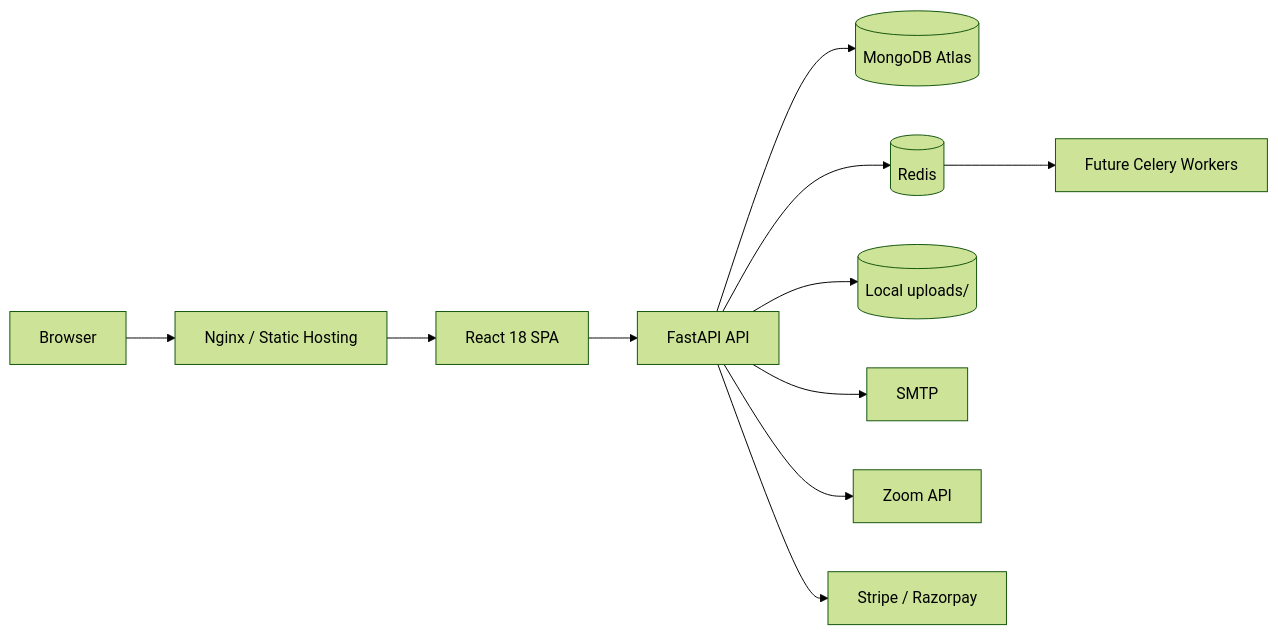
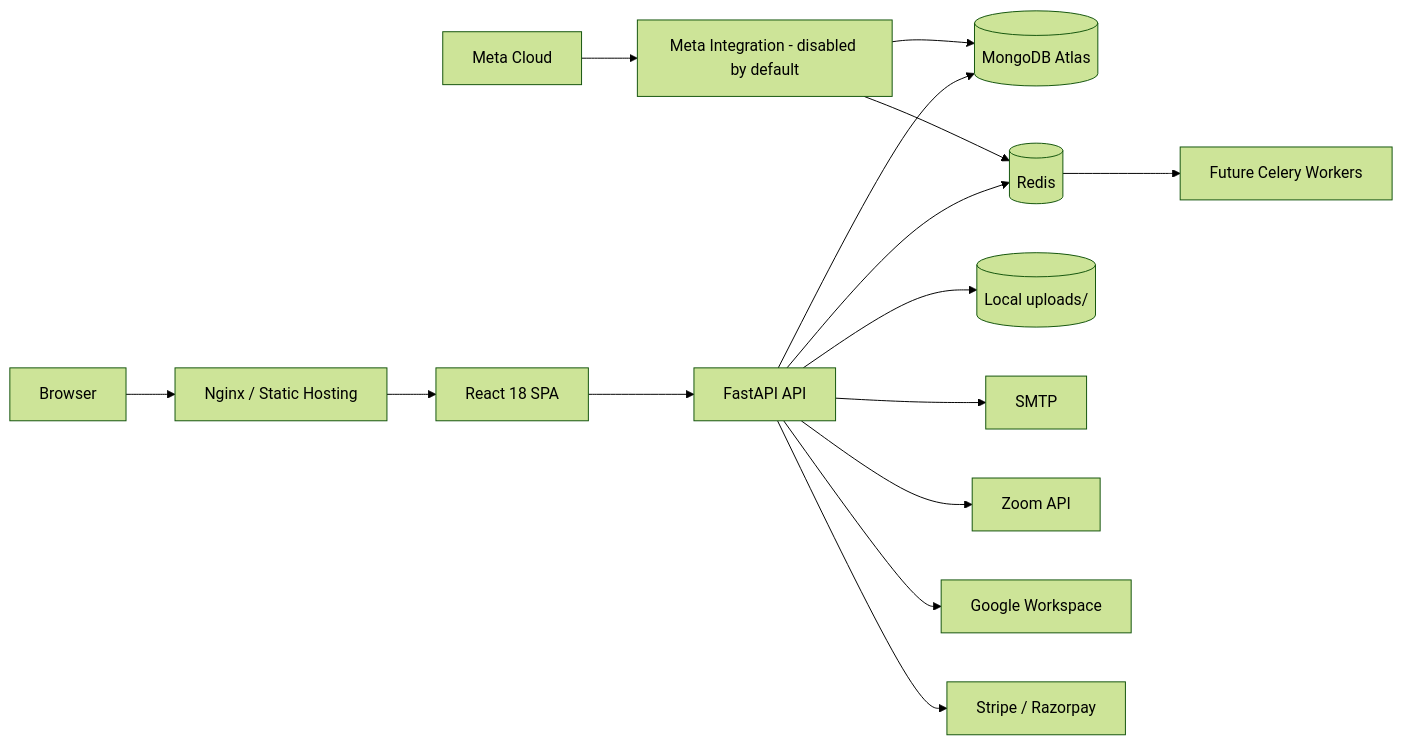
One commit to Shivakushwah143/SynTask changed the first of 4 diagrams in docs/architecture/ARCHITECTURE.md. Above: the diagram before and after it, drawn with Mermaid (forest theme). The commit also changed other lines of this file and 660 other files, not shown here.

Commit message:
google workspace creation start

````diff
--- a/docs/architecture/ARCHITECTURE.md
+++ b/docs/architecture/ARCHITECTURE.md
@@ -4,13 +4,17 @@
 ```mermaid
 flowchart LR
     Browser[Browser] --> Nginx[Nginx / Static Hosting]
     Nginx --> React[React 18 SPA]
     React --> API[FastAPI API]
     API --> Mongo[(MongoDB Atlas)]
     API --> Redis[(Redis)]
     API --> Uploads[(Local uploads/)]
     API --> Email[SMTP]
     API --> Zoom[Zoom API]
+    API --> Google[Google Workspace]
     API --> Payments[Stripe / Razorpay]
+    Meta[Meta Cloud] --> MetaBoundary[Meta Integration - disabled by default]
+    MetaBoundary --> Mongo
+    MetaBoundary --> Redis
     Redis --> Celery[Future Celery Workers]
 ```
````
